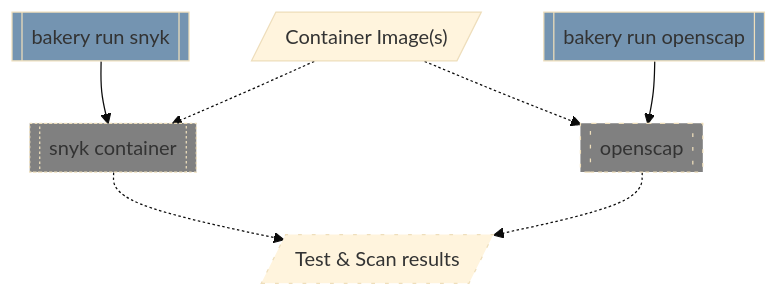
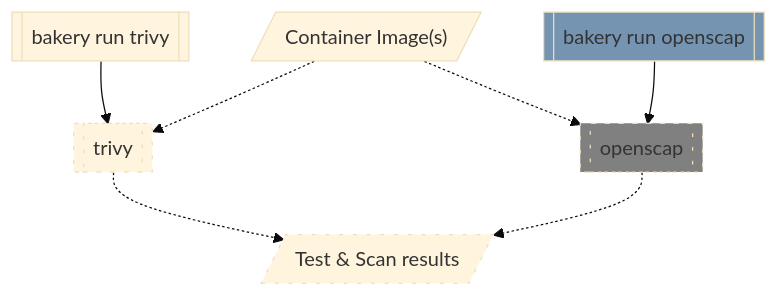
Before and after one commit to posit-dev/images-shared: the sixth of 7 diagrams in posit-bakery/ARCHITECTURE.md, drawn with Mermaid (base theme). The commit also changed other lines of this file and 6 other files, not shown here.

````diff
--- a/posit-bakery/ARCHITECTURE.md
+++ b/posit-bakery/ARCHITECTURE.md
@@ -200,28 +197,28 @@
 ```mermaid
 flowchart TD
 
     image[/"Container Image(s)"/]
     results[/"Test & Scan results"/]
 
-    snyk[[snyk container]]
-    runSnyk[[bakery run snyk]]
-    runSnyk --> snyk
-    image -.-> snyk -.-> results
+    trivy[[trivy]]
+    runTrivy[[bakery run trivy]]
+    runTrivy --> trivy
+    image -.-> trivy -.-> results
 
     openscap[[openscap]]
     runOpenscap[[bakery run openscap]]
     runOpenscap --> openscap
     image -.-> openscap -.-> results
 
     classDef tooling fill:#7494B1
     classDef external fill:grey
     classDef progress stroke-dasharray: 2 2
     classDef todo stroke-dasharray: 3 8
 
     class runSnyk,runOpenscap tooling
     class snyk,openscap external
 
     %% Mark what we are working on and is in flight %%
-    class inprogress,snyk progress
+    class inprogress,trivy todo
     class openscap,results todo
 ```
````
